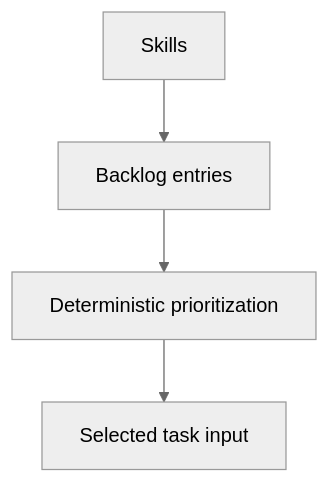
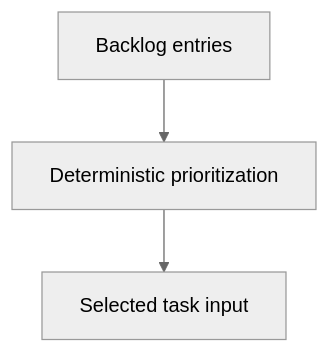
One commit to abstract-business-systems/as-is changed the diagram in skills/managing-backlog/as-is.md. Above: the diagram before and after it, drawn with Mermaid (neutral theme). The commit also changed other lines of this file and 51 other files, not shown here.

Commit message:
docs(as-is): improve hierarchical architecture documentation

````diff
--- a/skills/managing-backlog/as-is.md
+++ b/skills/managing-backlog/as-is.md
@@ -16,7 +16,5 @@
 ```mermaid
 flowchart TD
-    Parent["Skills"] --> A["Backlog entries"] --> B["Deterministic prioritization"]
+    A["Backlog entries"] --> B["Deterministic prioritization"]
     B --> C["Selected task input"]
-
-    click Parent href "../as-is.md#design" "Open Skills design"
 ```
````
